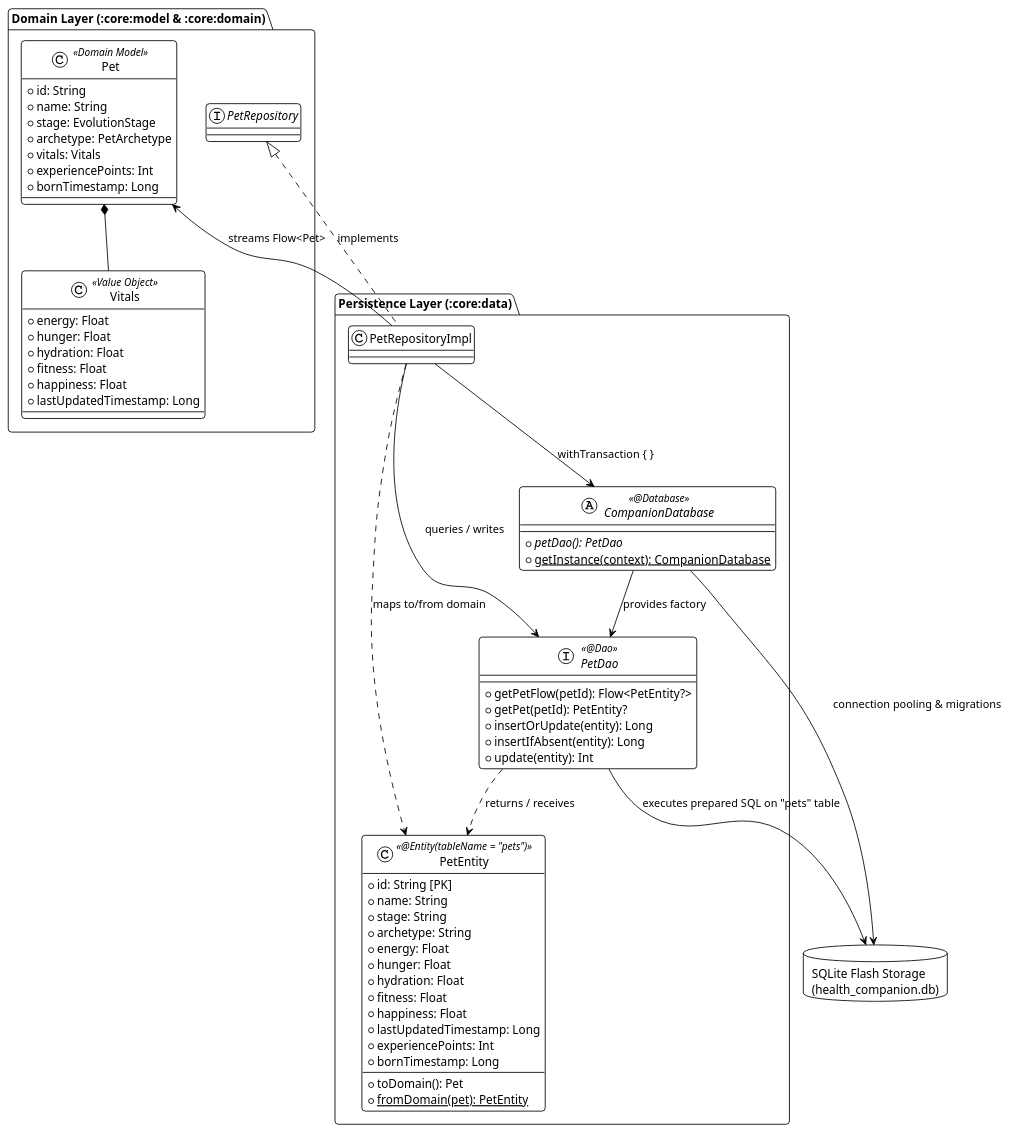
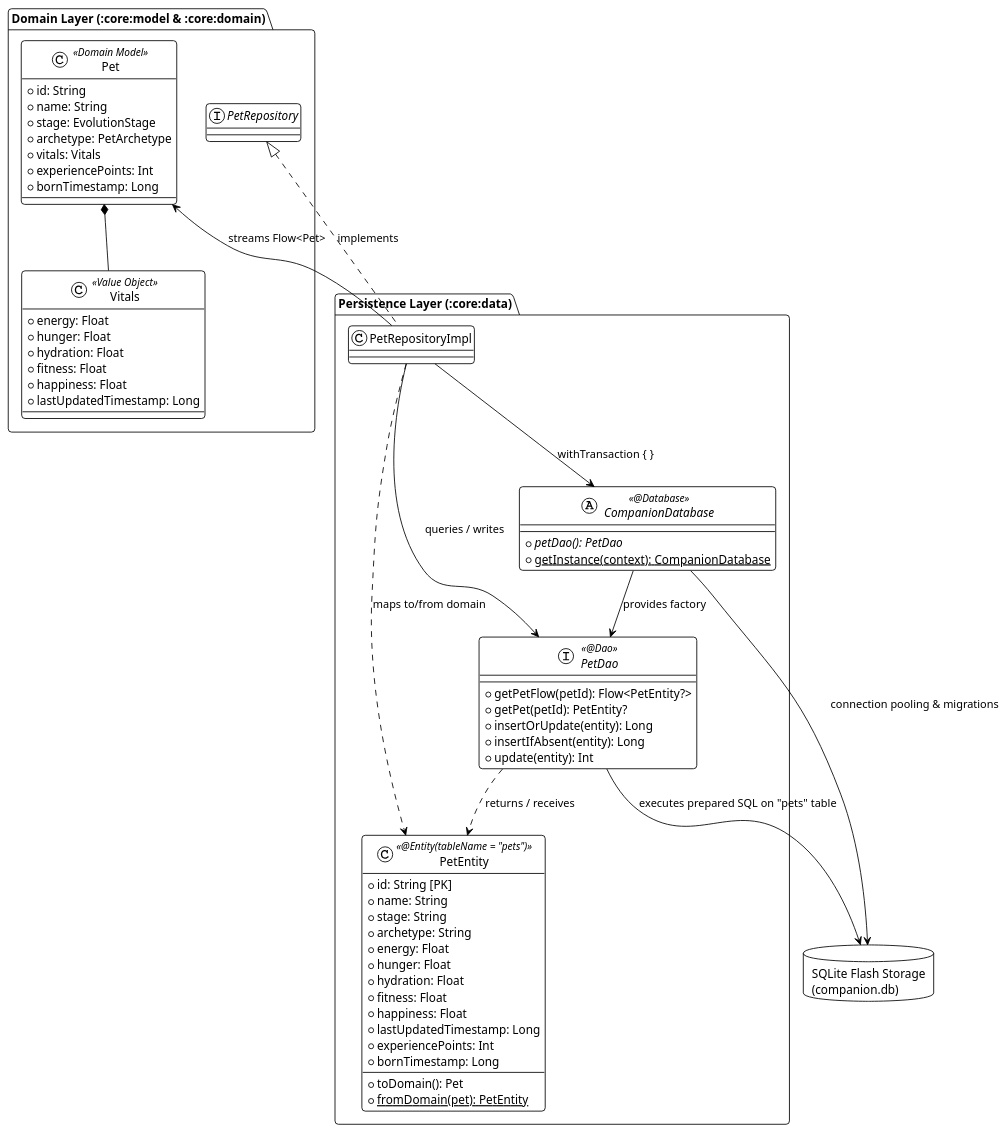
The seventh of 7 diagrams in docs/ARCHITECTURE.md (DunderGG/health-companion), drawn with PlantUML before and after one commit. The commit also changed other lines of this file and 13 other files, not shown here.

````diff
--- a/docs/ARCHITECTURE.md
+++ b/docs/ARCHITECTURE.md
@@ -610,74 +610,74 @@
 ```plantuml
 @startuml Room_Persistence_Architecture
 !theme plain
 allowmixing
 skinparam componentStyle rectangle
 skinparam roundCorner 8
 
 package "Domain Layer (:core:model & :core:domain)" {
     class Pet <<Domain Model>> {
         +id: String
         +name: String
         +stage: EvolutionStage
         +archetype: PetArchetype
         +vitals: Vitals
         +experiencePoints: Int
         +bornTimestamp: Long
     }
     class Vitals <<Value Object>> {
         +energy: Float
         +hunger: Float
         +hydration: Float
         +fitness: Float
         +happiness: Float
         +lastUpdatedTimestamp: Long
     }
     Pet *-- Vitals
     interface PetRepository
 }
 
 package "Persistence Layer (:core:data)" {
     class PetRepositoryImpl
     interface PetDao <<@Dao>> {
         +getPetFlow(petId): Flow<PetEntity?>
         +getPet(petId): PetEntity?
         +insertOrUpdate(entity): Long
         +insertIfAbsent(entity): Long
         +update(entity): Int
     }
     class PetEntity <<@Entity(tableName = "pets")>> {
         +id: String [PK]
         +name: String
         +stage: String
         +archetype: String
         +energy: Float
         +hunger: Float
         +hydration: Float
         +fitness: Float
         +happiness: Float
         +lastUpdatedTimestamp: Long
         +experiencePoints: Int
         +bornTimestamp: Long
         --
         +toDomain(): Pet
         +{static} fromDomain(pet): PetEntity
     }
     abstract class CompanionDatabase <<@Database>> {
         +{abstract} petDao(): PetDao
         +{static} getInstance(context): CompanionDatabase
     }
 }
 
-database "SQLite Flash Storage\n(health_companion.db)" as SQLite
+database "SQLite Flash Storage\n(companion.db)" as SQLite
 
 PetRepository <|.. PetRepositoryImpl : implements
 PetRepositoryImpl --> PetDao : queries / writes
 PetRepositoryImpl --> CompanionDatabase : withTransaction { }
 PetRepositoryImpl ..> PetEntity : maps to/from domain
 PetRepositoryImpl --> Pet : streams Flow<Pet>
 PetDao ..> PetEntity : returns / receives
 CompanionDatabase --> PetDao : provides factory
 CompanionDatabase --> SQLite : connection pooling & migrations
 PetDao --> SQLite : executes prepared SQL on "pets" table
 @enduml
 ```
````
